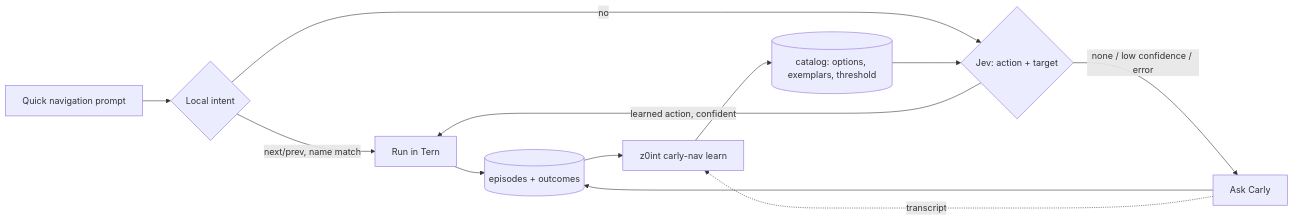
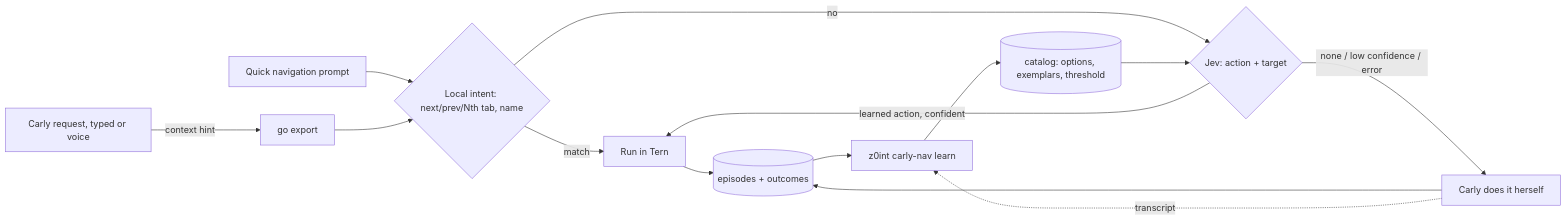
The diagram in docs/carly-nav-inlet.md (kvnloo/z0intelligence), drawn with Mermaid before and after one commit. The commit also changed other lines of this file and 4 other files, not shown here.

First line of the commit message:
fix(carly-nav): reach Carly's own requests and survive Tern's load budget

````diff
--- a/docs/carly-nav-inlet.md
+++ b/docs/carly-nav-inlet.md
@@ -6,14 +15,16 @@
 ```mermaid
 flowchart LR
-  ask[Quick navigation prompt] --> local{Local intent}
-  local -- next/prev, name match --> run[Run in Tern]
-  local -- no --> jev{Jev: action + target}
+  carly[Carly request, typed or voice] -- context hint --> go[go export]
+  quick[Quick navigation prompt] --> router
+  go --> router{Local intent: next/prev/Nth tab, name}
+  router -- match --> run[Run in Tern]
+  router -- no --> jev{Jev: action + target}
   jev -- learned action, confident --> run
-  jev -- none / low confidence / error --> carly[Ask Carly]
+  jev -- none / low confidence / error --> self[Carly does it herself]
   run --> inlet[(episodes + outcomes)]
-  carly --> inlet
-  carly -. transcript .-> learn[z0int carly-nav learn]
+  self --> inlet
+  self -. transcript .-> learn[z0int carly-nav learn]
   inlet --> learn
   learn --> catalog[(catalog: options, exemplars, threshold)]
   catalog --> jev
 ```
````
